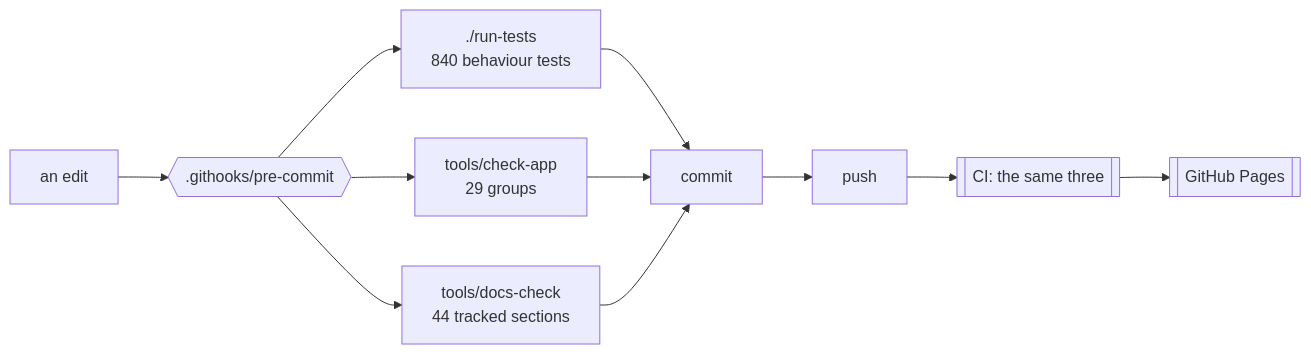
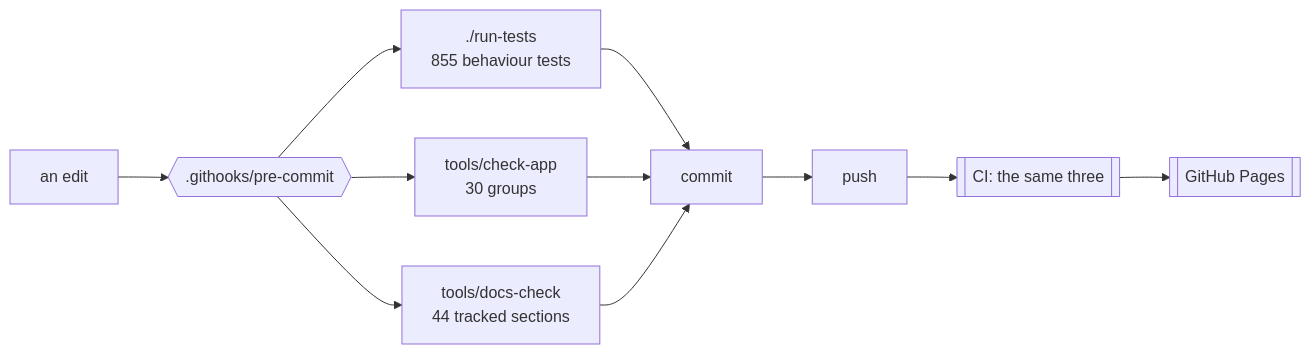
The first of 2 diagrams in docs/DEVELOPING.md (minormending/crystal-pilot-mobile), drawn with Mermaid before and after one commit. The commit also changed other lines of this file and 4 other files, not shown here.

````diff
--- a/docs/DEVELOPING.md
+++ b/docs/DEVELOPING.md
@@ -15,12 +15,12 @@
 ```mermaid
 flowchart LR
     E[an edit] --> H{{".githooks/pre-commit"}}
-    H --> T["./run-tests<br/>840 behaviour tests"]
-    H --> C["tools/check-app<br/>29 groups"]
+    H --> T["./run-tests<br/>855 behaviour tests"]
+    H --> C["tools/check-app<br/>30 groups"]
     H --> D["tools/docs-check<br/>44 tracked sections"]
     T --> OK[commit]
     C --> OK
     D --> OK
     OK --> P[push] --> CI[["CI: the same three"]]
     CI --> PG[[GitHub Pages]]
 ```
````
